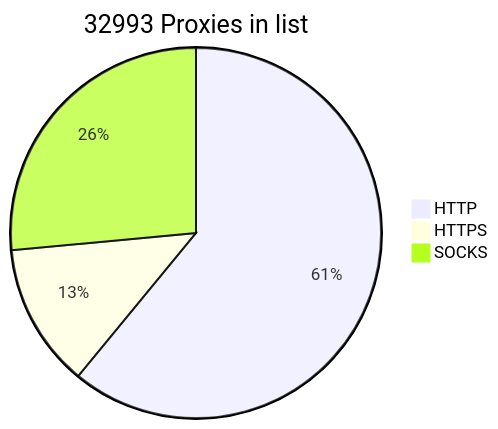
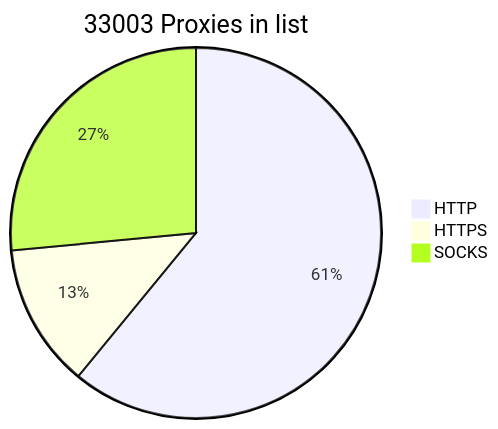
The diagram in README.md (BlackSnowDot/proxylist-update-every-minute), drawn with Mermaid before and after one commit.

````diff
--- a/README.md
+++ b/README.md
@@ -2,6 +2,6 @@
 ```mermaid
-pie title 32993 Proxies in list
+pie title 33003 Proxies in list
     "HTTP" : 22220
     "HTTPS": 4575
-    "SOCKS" : 9653
+    "SOCKS" : 9663
 ```
````
